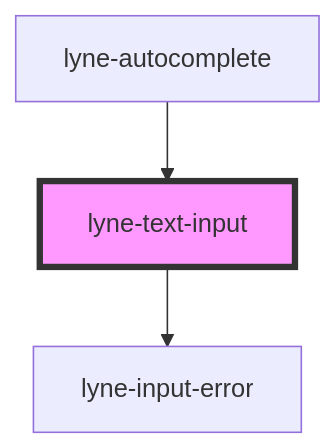
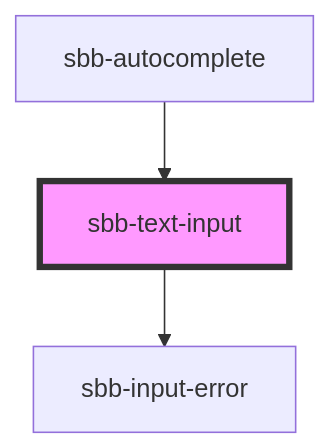
One commit to sbb-design-systems/lyne-components changed the diagram in src/components/sbb-text-input/readme.md. Above: the diagram before and after it, drawn with Mermaid. The commit also changed other lines of this file and 348 other files, not shown here.

Commit message:
refactor: 'lyne' prefix renamed to 'sbb'

````diff
--- a/src/components/sbb-text-input/readme.md
+++ b/src/components/sbb-text-input/readme.md
@@ -54,6 +54,6 @@
 ```mermaid
 graph TD;
-  lyne-text-input --> lyne-input-error
-  lyne-autocomplete --> lyne-text-input
-  style lyne-text-input fill:#f9f,stroke:#333,stroke-width:4px
+  sbb-text-input --> sbb-input-error
+  sbb-autocomplete --> sbb-text-input
+  style sbb-text-input fill:#f9f,stroke:#333,stroke-width:4px
 ```
````
